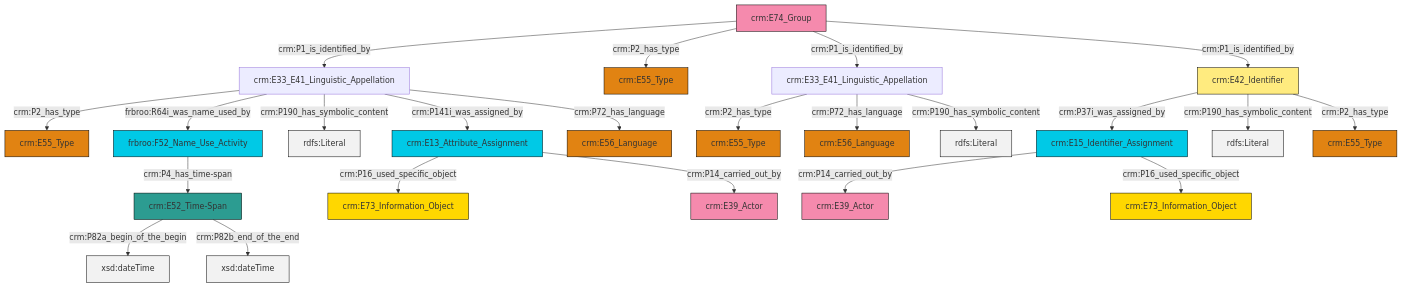
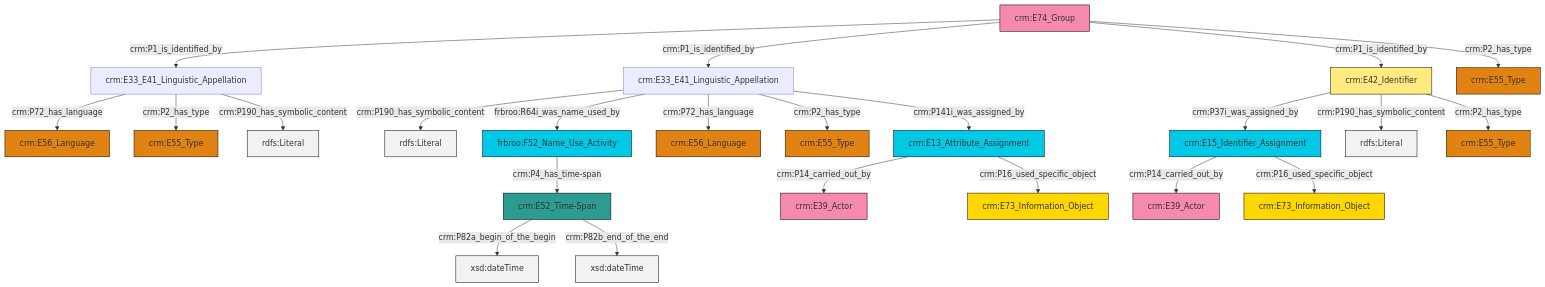
One commit to swiss-art-research-net/reference-data-models changed the diagram in et/groupCSV/ttl/mmd/group_name.ttl.mmd. Above: the diagram before and after it, drawn with Mermaid. The commit also changed 123 other files, not shown here.

```diff
--- a/et/groupCSV/ttl/mmd/group_name.ttl.mmd
+++ b/et/groupCSV/ttl/mmd/group_name.ttl.mmd
@@ -1,37 +1,37 @@
 graph TD
 classDef Literal fill:#f2f2f2,stroke:#000000;
 classDef CRM_Entity fill:#FFFFFF,stroke:#000000;
 classDef Temporal_Entity fill:#00C9E6, stroke:#000000;
 classDef Type fill:#E18312, stroke:#000000;
 classDef Time-Span fill:#2C9C91, stroke:#000000;
 classDef Appellation fill:#FFEB7F, stroke:#000000;
 classDef Place fill:#008836, stroke:#000000;
 classDef Persistent_Item fill:#B266B2, stroke:#000000;
 classDef Conceptual_Object fill:#FFD700, stroke:#000000;
 classDef Physical_Thing fill:#D2B48C, stroke:#000000;
 classDef Actor fill:#f58aad, stroke:#000000;
 classDef PC_Classes fill:#4ce600, stroke:#000000;
 classDef Multi fill:#cccccc,stroke:#000000;
 
-4["crm:E33_E41_Linguistic_Appellation"]:::Default -->|crm:P2_has_type| 5["crm:E55_Type"]:::Type
-6["crm:E74_Group"]:::Actor -->|crm:P1_is_identified_by| 4["crm:E33_E41_Linguistic_Appellation"]:::Default
-6["crm:E74_Group"]:::Actor -->|crm:P2_has_type| 7["crm:E55_Type"]:::Type
-8["crm:E33_E41_Linguistic_Appellation"]:::Default -->|crm:P2_has_type| 9["crm:E55_Type"]:::Type
-8["crm:E33_E41_Linguistic_Appellation"]:::Default -->|crm:P72_has_language| 10["crm:E56_Language"]:::Type
-11["crm:E52_Time-Span"]:::Time-Span -->|crm:P82a_begin_of_the_begin| 12[xsd:dateTime]:::Literal
-11["crm:E52_Time-Span"]:::Time-Span -->|crm:P82b_end_of_the_end| 16[xsd:dateTime]:::Literal
-4["crm:E33_E41_Linguistic_Appellation"]:::Default -->|frbroo:R64i_was_name_used_by| 13["frbroo:F52_Name_Use_Activity"]:::Temporal_Entity
-19["crm:E15_Identifier_Assignment"]:::Temporal_Entity -->|crm:P14_carried_out_by| 2["crm:E39_Actor"]:::Actor
-22["crm:E42_Identifier"]:::Appellation -->|crm:P37i_was_assigned_by| 19["crm:E15_Identifier_Assignment"]:::Temporal_Entity
-8["crm:E33_E41_Linguistic_Appellation"]:::Default -->|crm:P190_has_symbolic_content| 25[rdfs:Literal]:::Literal
-4["crm:E33_E41_Linguistic_Appellation"]:::Default -->|crm:P190_has_symbolic_content| 26[rdfs:Literal]:::Literal
-6["crm:E74_Group"]:::Actor -->|crm:P1_is_identified_by| 8["crm:E33_E41_Linguistic_Appellation"]:::Default
-4["crm:E33_E41_Linguistic_Appellation"]:::Default -->|crm:P141i_was_assigned_by| 0["crm:E13_Attribute_Assignment"]:::Temporal_Entity
-22["crm:E42_Identifier"]:::Appellation -->|crm:P190_has_symbolic_content| 34[rdfs:Literal]:::Literal
-4["crm:E33_E41_Linguistic_Appellation"]:::Default -->|crm:P72_has_language| 27["crm:E56_Language"]:::Type
-19["crm:E15_Identifier_Assignment"]:::Temporal_Entity -->|crm:P16_used_specific_object| 35["crm:E73_Information_Object"]:::Conceptual_Object
-22["crm:E42_Identifier"]:::Appellation -->|crm:P2_has_type| 32["crm:E55_Type"]:::Type
-6["crm:E74_Group"]:::Actor -->|crm:P1_is_identified_by| 22["crm:E42_Identifier"]:::Appellation
-13["frbroo:F52_Name_Use_Activity"]:::Temporal_Entity -->|crm:P4_has_time-span| 11["crm:E52_Time-Span"]:::Time-Span
-0["crm:E13_Attribute_Assignment"]:::Temporal_Entity -->|crm:P16_used_specific_object| 38["crm:E73_Information_Object"]:::Conceptual_Object
-0["crm:E13_Attribute_Assignment"]:::Temporal_Entity -->|crm:P14_carried_out_by| 29["crm:E39_Actor"]:::Actor
+4["crm:E42_Identifier"]:::Appellation -->|crm:P37i_was_assigned_by| 5["crm:E15_Identifier_Assignment"]:::Temporal_Entity
+6["crm:E33_E41_Linguistic_Appellation"]:::Default -->|crm:P190_has_symbolic_content| 7[rdfs:Literal]:::Literal
+8["crm:E33_E41_Linguistic_Appellation"]:::Default -->|crm:P72_has_language| 2["crm:E56_Language"]:::Type
+8["crm:E33_E41_Linguistic_Appellation"]:::Default -->|crm:P2_has_type| 0["crm:E55_Type"]:::Type
+9["crm:E52_Time-Span"]:::Time-Span -->|crm:P82a_begin_of_the_begin| 10[xsd:dateTime]:::Literal
+6["crm:E33_E41_Linguistic_Appellation"]:::Default -->|frbroo:R64i_was_name_used_by| 11["frbroo:F52_Name_Use_Activity"]:::Temporal_Entity
+12["crm:E74_Group"]:::Actor -->|crm:P1_is_identified_by| 8["crm:E33_E41_Linguistic_Appellation"]:::Default
+12["crm:E74_Group"]:::Actor -->|crm:P1_is_identified_by| 6["crm:E33_E41_Linguistic_Appellation"]:::Default
+4["crm:E42_Identifier"]:::Appellation -->|crm:P190_has_symbolic_content| 21[rdfs:Literal]:::Literal
+9["crm:E52_Time-Span"]:::Time-Span -->|crm:P82b_end_of_the_end| 22[xsd:dateTime]:::Literal
+8["crm:E33_E41_Linguistic_Appellation"]:::Default -->|crm:P190_has_symbolic_content| 34[rdfs:Literal]:::Literal
+26["crm:E13_Attribute_Assignment"]:::Temporal_Entity -->|crm:P14_carried_out_by| 35["crm:E39_Actor"]:::Actor
+12["crm:E74_Group"]:::Actor -->|crm:P1_is_identified_by| 4["crm:E42_Identifier"]:::Appellation
+6["crm:E33_E41_Linguistic_Appellation"]:::Default -->|crm:P72_has_language| 16["crm:E56_Language"]:::Type
+12["crm:E74_Group"]:::Actor -->|crm:P2_has_type| 32["crm:E55_Type"]:::Type
+6["crm:E33_E41_Linguistic_Appellation"]:::Default -->|crm:P2_has_type| 14["crm:E55_Type"]:::Type
+6["crm:E33_E41_Linguistic_Appellation"]:::Default -->|crm:P141i_was_assigned_by| 26["crm:E13_Attribute_Assignment"]:::Temporal_Entity
+5["crm:E15_Identifier_Assignment"]:::Temporal_Entity -->|crm:P14_carried_out_by| 39["crm:E39_Actor"]:::Actor
+5["crm:E15_Identifier_Assignment"]:::Temporal_Entity -->|crm:P16_used_specific_object| 23["crm:E73_Information_Object"]:::Conceptual_Object
+11["frbroo:F52_Name_Use_Activity"]:::Temporal_Entity -->|crm:P4_has_time-span| 9["crm:E52_Time-Span"]:::Time-Span
+4["crm:E42_Identifier"]:::Appellation -->|crm:P2_has_type| 29["crm:E55_Type"]:::Type
+26["crm:E13_Attribute_Assignment"]:::Temporal_Entity -->|crm:P16_used_specific_object| 19["crm:E73_Information_Object"]:::Conceptual_Object
```
